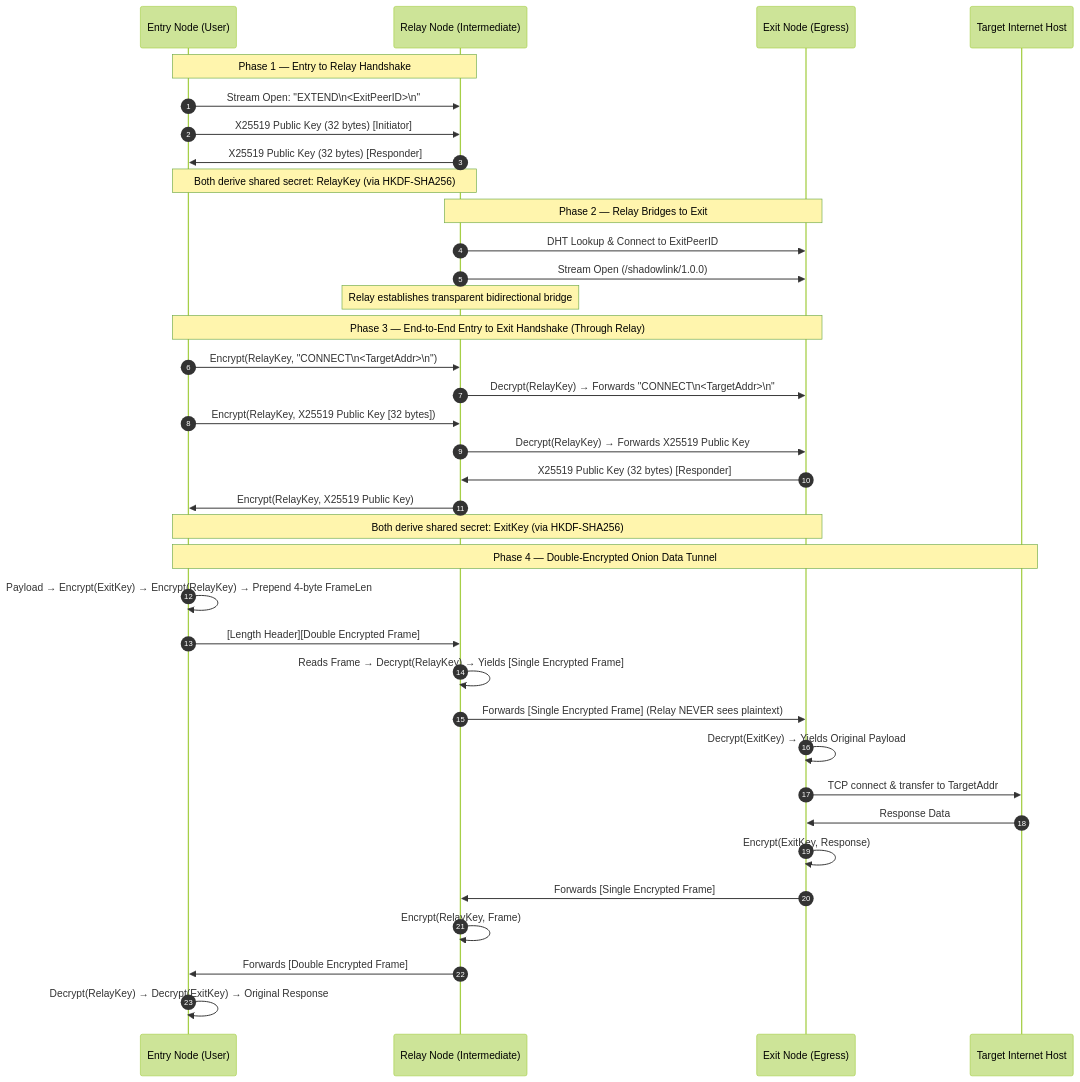
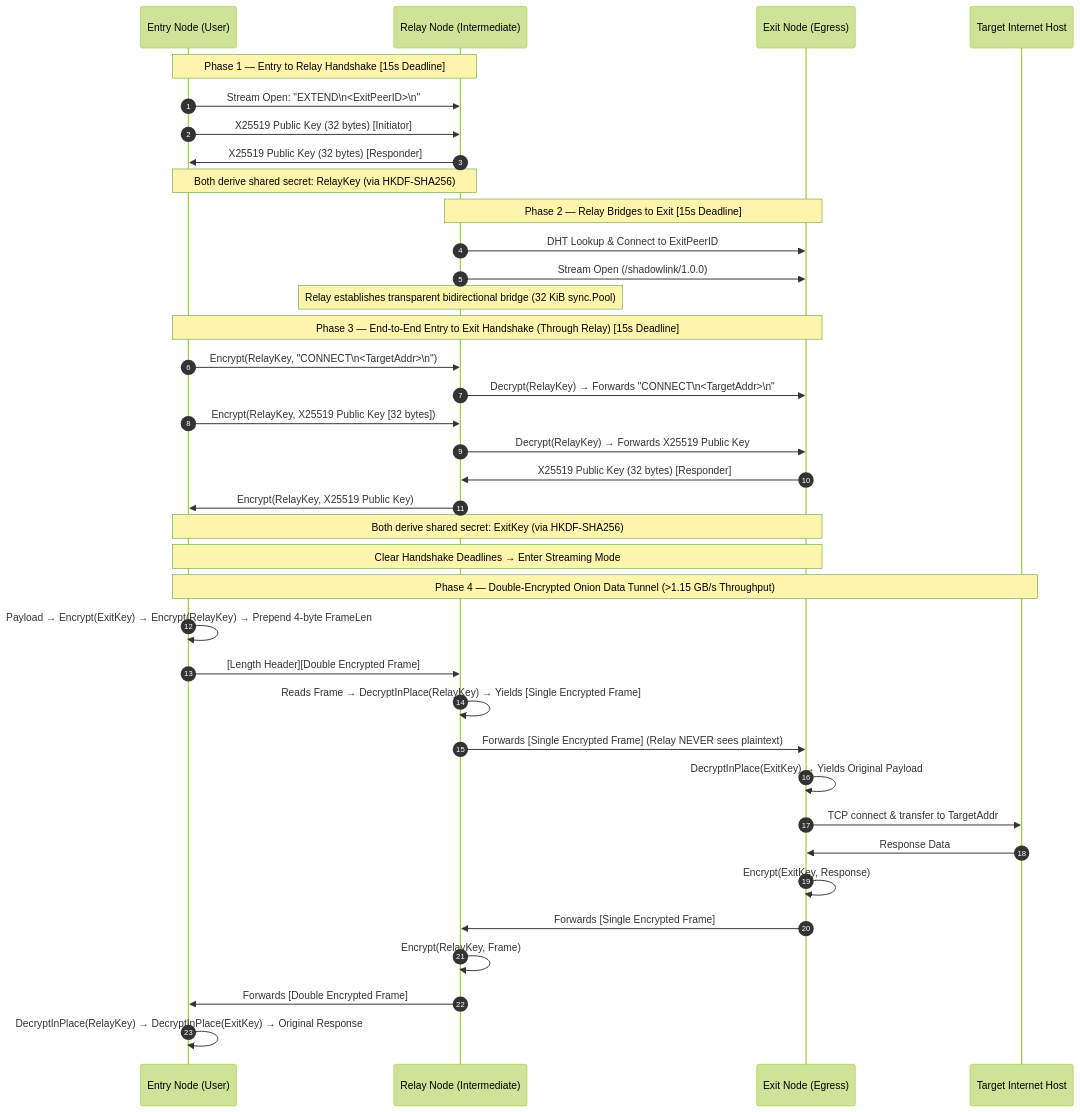
The second of 4 diagrams in ARCHITECTURE.md (TUSHAR91316/ShadowLink), drawn with Mermaid (forest theme) before and after one commit. The commit also changed other lines of this file and 5 other files, not shown here.

Commit message:
docs: update architecture, release notes, and benchmarks with peer caching and zero-allocation engine

````diff
--- a/ARCHITECTURE.md
+++ b/ARCHITECTURE.md
@@ -48,42 +50,43 @@
 ```mermaid
 sequenceDiagram
     autonumber
     participant E as Entry Node (User)
     participant R as Relay Node (Intermediate)
     participant X as Exit Node (Egress)
     participant I as Target Internet Host
 
-    Note over E,R: Phase 1 — Entry to Relay Handshake
+    Note over E,R: Phase 1 — Entry to Relay Handshake [15s Deadline]
     E->>R: Stream Open: "EXTEND\n<ExitPeerID>\n"
     E->>R: X25519 Public Key (32 bytes) [Initiator]
     R->>E: X25519 Public Key (32 bytes) [Responder]
     Note over E,R: Both derive shared secret: RelayKey (via HKDF-SHA256)
 
-    Note over R,X: Phase 2 — Relay Bridges to Exit
+    Note over R,X: Phase 2 — Relay Bridges to Exit [15s Deadline]
     R->>X: DHT Lookup & Connect to ExitPeerID
     R->>X: Stream Open (/shadowlink/1.0.0)
-    Note over R: Relay establishes transparent bidirectional bridge
+    Note over R: Relay establishes transparent bidirectional bridge (32 KiB sync.Pool)
 
-    Note over E,X: Phase 3 — End-to-End Entry to Exit Handshake (Through Relay)
+    Note over E,X: Phase 3 — End-to-End Entry to Exit Handshake (Through Relay) [15s Deadline]
     E->>R: Encrypt(RelayKey, "CONNECT\n<TargetAddr>\n")
     R->>X: Decrypt(RelayKey) → Forwards "CONNECT\n<TargetAddr>\n"
     E->>R: Encrypt(RelayKey, X25519 Public Key [32 bytes])
     R->>X: Decrypt(RelayKey) → Forwards X25519 Public Key
     X->>R: X25519 Public Key (32 bytes) [Responder]
     R->>E: Encrypt(RelayKey, X25519 Public Key)
     Note over E,X: Both derive shared secret: ExitKey (via HKDF-SHA256)
 
-    Note over E,I: Phase 4 — Double-Encrypted Onion Data Tunnel
+    Note over E,X: Clear Handshake Deadlines → Enter Streaming Mode
+    Note over E,I: Phase 4 — Double-Encrypted Onion Data Tunnel (>1.15 GB/s Throughput)
     E->>E: Payload → Encrypt(ExitKey) → Encrypt(RelayKey) → Prepend 4-byte FrameLen
     E->>R: [Length Header][Double Encrypted Frame]
-    R->>R: Reads Frame → Decrypt(RelayKey) → Yields [Single Encrypted Frame]
+    R->>R: Reads Frame → DecryptInPlace(RelayKey) → Yields [Single Encrypted Frame]
     R->>X: Forwards [Single Encrypted Frame] (Relay NEVER sees plaintext)
-    X->>X: Decrypt(ExitKey) → Yields Original Payload
+    X->>X: DecryptInPlace(ExitKey) → Yields Original Payload
     X->>I: TCP connect & transfer to TargetAddr
     I->>X: Response Data
     X->>X: Encrypt(ExitKey, Response)
     X->>R: Forwards [Single Encrypted Frame]
     R->>R: Encrypt(RelayKey, Frame)
     R->>E: Forwards [Double Encrypted Frame]
-    E->>E: Decrypt(RelayKey) → Decrypt(ExitKey) → Original Response
+    E->>E: DecryptInPlace(RelayKey) → DecryptInPlace(ExitKey) → Original Response
 ```
````
